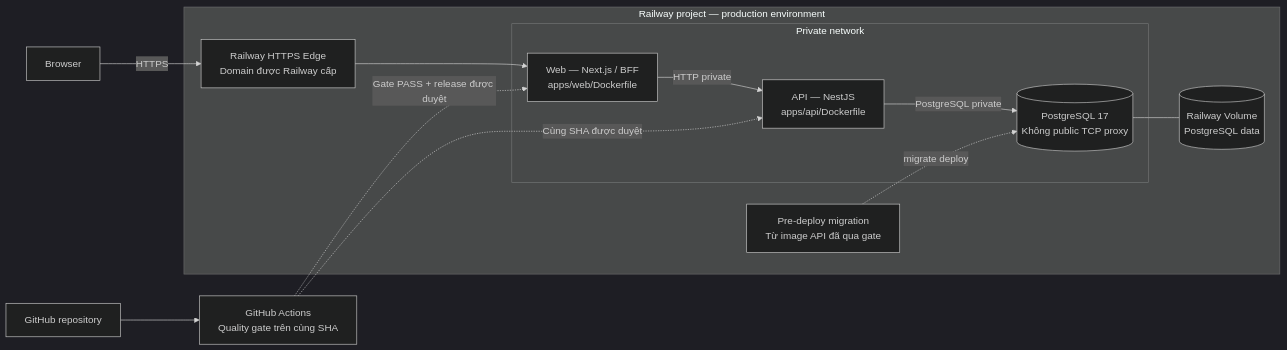
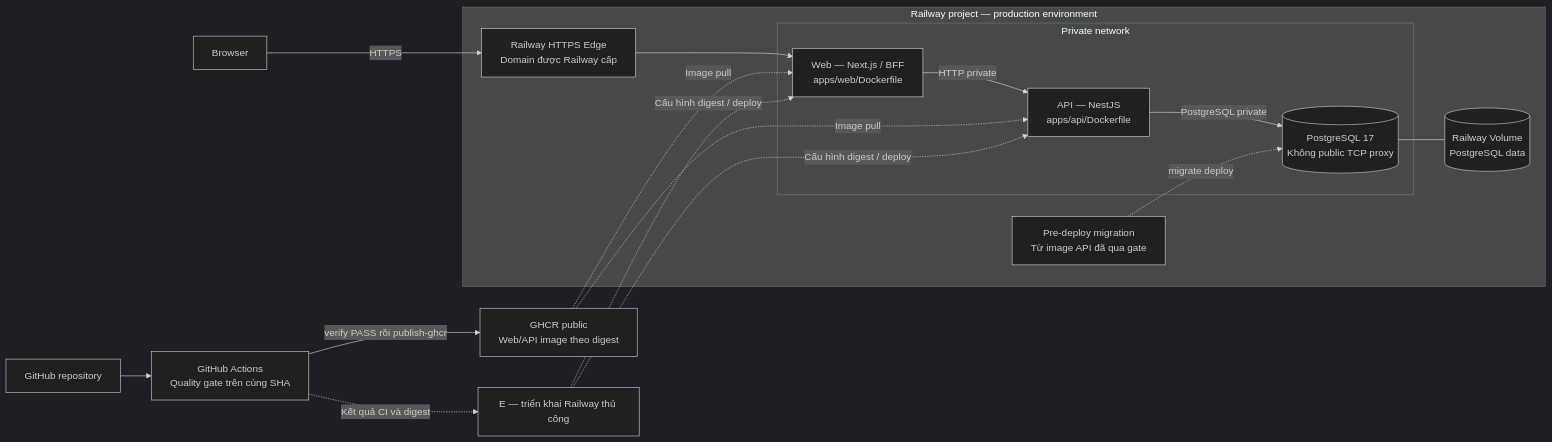
Before and after one commit to giabaot400-boop/BrewLite-Assignment2: the second of 2 diagrams in docs/assignment2/DEPLOYMENT.md, drawn with Mermaid (dark theme). The commit also changed other lines of this file and 2 other files, not shown here.

Commit message:
docs(a2): align deployment design with verified Railway release

````diff
--- a/docs/assignment2/DEPLOYMENT.md
+++ b/docs/assignment2/DEPLOYMENT.md
@@ -108,30 +126,36 @@
 ```mermaid
 flowchart LR
   Browser["Browser"]
   GitHub["GitHub repository"]
   CI["GitHub Actions<br/>Quality gate trên cùng SHA"]
 
   subgraph Railway["Railway project — production environment"]
     Edge["Railway HTTPS Edge<br/>Domain được Railway cấp"]
 
     subgraph Private["Private network"]
       Web["Web — Next.js / BFF<br/>apps/web/Dockerfile"]
       Api["API — NestJS<br/>apps/api/Dockerfile"]
       Db[("PostgreSQL 17<br/>Không public TCP proxy")]
     end
 
     Volume[("Railway Volume<br/>PostgreSQL data")]
     Migration["Pre-deploy migration<br/>Từ image API đã qua gate"]
   end
 
   Browser -->|"HTTPS"| Edge
   Edge --> Web
   Web -->|"HTTP private"| Api
   Api -->|"PostgreSQL private"| Db
   Db --- Volume
 
   GitHub --> CI
-  CI -.->|"Gate PASS + release được duyệt"| Web
-  CI -.->|"Cùng SHA được duyệt"| Api
+    Registry["GHCR public<br/>Web/API image theo digest"]
+  Operator["E — triển khai Railway thủ công"]
+  CI -->|"verify PASS rồi publish-ghcr"| Registry
+  Registry -.->|"Image pull"| Web
+  Registry -.->|"Image pull"| Api
+  CI -.->|"Kết quả CI và digest"| Operator
+  Operator -.->|"Cấu hình digest / deploy"| Web
+  Operator -.->|"Cấu hình digest / deploy"| Api
   Migration -.->|"migrate deploy"| Db
 ```
````
